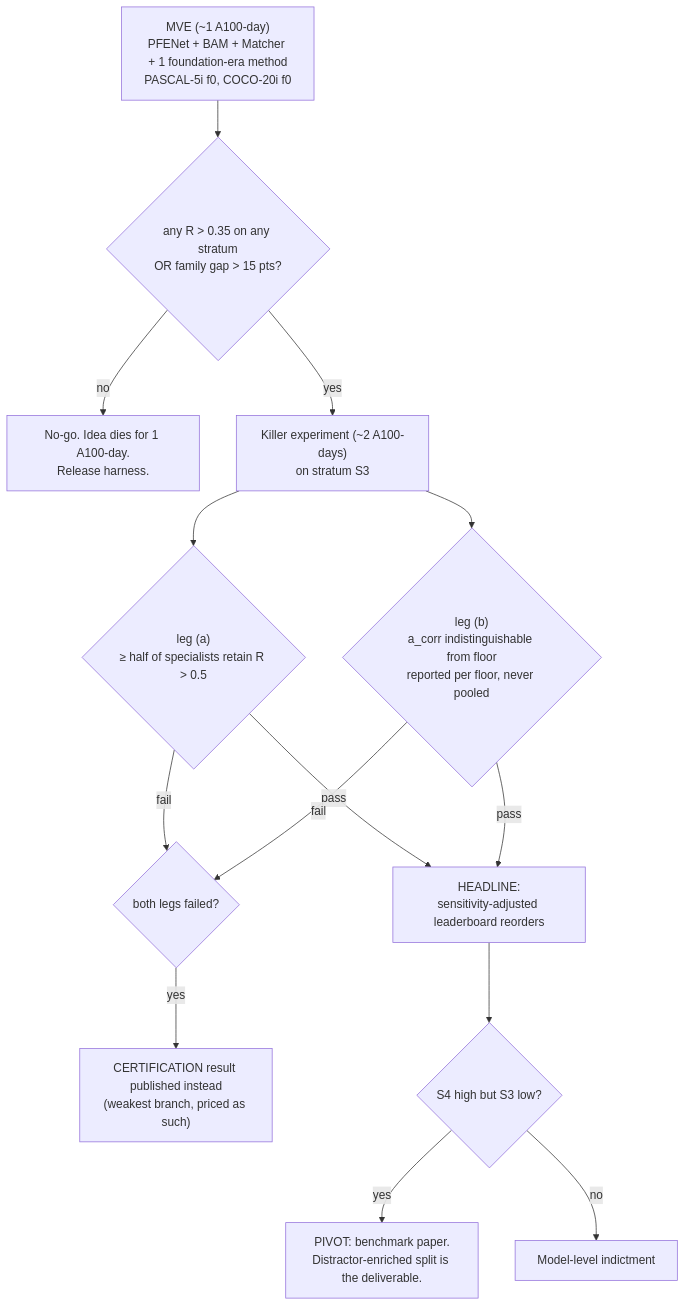
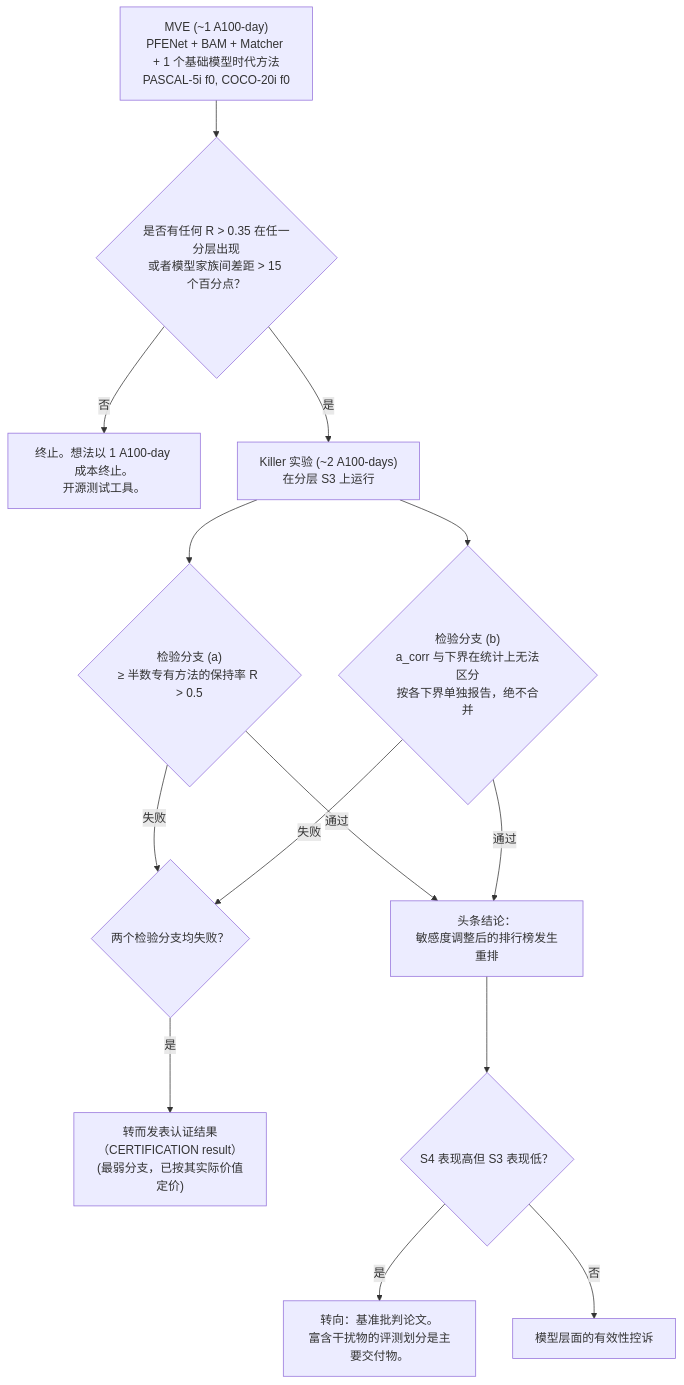
One commit to songkang688/idea changed the third of 4 diagrams in Windows7/Idea_01/diagrams/architecture.md. Above: the diagram before and after it, drawn with Mermaid. The commit also changed other lines of this file and 74 other files, not shown here.

````diff
--- a/Windows7/Idea_01/diagrams/architecture.md
+++ b/Windows7/Idea_01/diagrams/architecture.md
@@ -63,20 +59,20 @@
 ```mermaid
 flowchart TD
-    MVE["MVE (~1 A100-day)<br/>PFENet + BAM + Matcher + 1 foundation-era method<br/>PASCAL-5i f0, COCO-20i f0"]
-    MVE --> GATE{"any R > 0.35 on any stratum<br/>OR family gap > 15 pts?"}
-    GATE -- no --> DIE["No-go. Idea dies for 1 A100-day.<br/>Release harness."]
-    GATE -- yes --> KILLER["Killer experiment (~2 A100-days)<br/>on stratum S3"]
+    MVE["MVE (~1 A100-day)<br/>PFENet + BAM + Matcher + 1 个基础模型时代方法<br/>PASCAL-5i f0, COCO-20i f0"]
+    MVE --> GATE{"是否有任何 R > 0.35 在任一分层出现<br/>或者模型家族间差距 > 15 个百分点？"}
+    GATE -- 否 --> DIE["终止。想法以 1 A100-day 成本终止。<br/>开源测试工具。"]
+    GATE -- 是 --> KILLER["Killer 实验 (~2 A100-days)<br/>在分层 S3 上运行"]
 
-    KILLER --> LA{"leg (a)<br/>≥ half of specialists retain R > 0.5"}
-    KILLER --> LB{"leg (b)<br/>a_corr indistinguishable from floor<br/>reported per floor, never pooled"}
+    KILLER --> LA{"检验分支 (a)<br/>≥ 半数专有方法的保持率 R > 0.5"}
+    KILLER --> LB{"检验分支 (b)<br/>a_corr 与下界在统计上无法区分<br/>按各下界单独报告，绝不合并"}
 
-    LA -- pass --> H["HEADLINE:<br/>sensitivity-adjusted leaderboard reorders"]
-    LB -- pass --> H
-    LA -- fail --> BOTH{"both legs failed?"}
-    LB -- fail --> BOTH
-    BOTH -- yes --> CERT["CERTIFICATION result published instead<br/>(weakest branch, priced as such)"]
+    LA -- 通过 --> H["头条结论：<br/>敏感度调整后的排行榜发生重排"]
+    LB -- 通过 --> H
+    LA -- 失败 --> BOTH{"两个检验分支均失败？"}
+    LB -- 失败 --> BOTH
+    BOTH -- 是 --> CERT["转而发表认证结果（CERTIFICATION result）<br/>(最弱分支，已按其实际价值定价)"]
 
-    H --> S4C{"S4 high but S3 low?"}
-    S4C -- yes --> BENCH["PIVOT: benchmark paper.<br/>Distractor-enriched split is the deliverable."]
-    S4C -- no --> PAPER["Model-level indictment"]
+    H --> S4C{"S4 表现高但 S3 表现低？"}
+    S4C -- 是 --> BENCH["转向：基准批判论文。<br/>富含干扰物的评测划分是主要交付物。"]
+    S4C -- 否 --> PAPER["模型层面的有效性控诉"]
 ```
````
